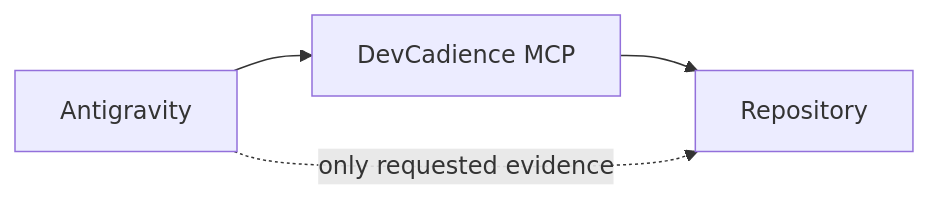
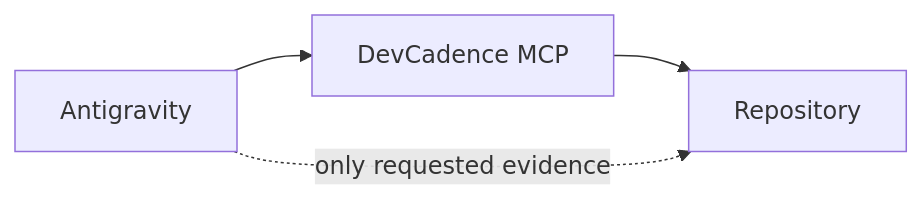
One commit to olostan/DevCadence changed the second of 4 diagrams in docs/ANTIGRAVITY_INTEGRATION.md. Above: the diagram before and after it, drawn with Mermaid. The commit also changed other lines of this file and 207 other files, not shown here.

Commit message:
refactor: rename DevCadience to DevCadence

````diff
--- a/docs/ANTIGRAVITY_INTEGRATION.md
+++ b/docs/ANTIGRAVITY_INTEGRATION.md
@@ -356,6 +356,6 @@
 ```mermaid
 flowchart LR
-    AG["Antigravity"] --> MCP["DevCadience MCP"]
+    AG["Antigravity"] --> MCP["DevCadence MCP"]
     MCP --> Repo["Repository"]
     AG -. only requested evidence .-> Repo
 ```
````
